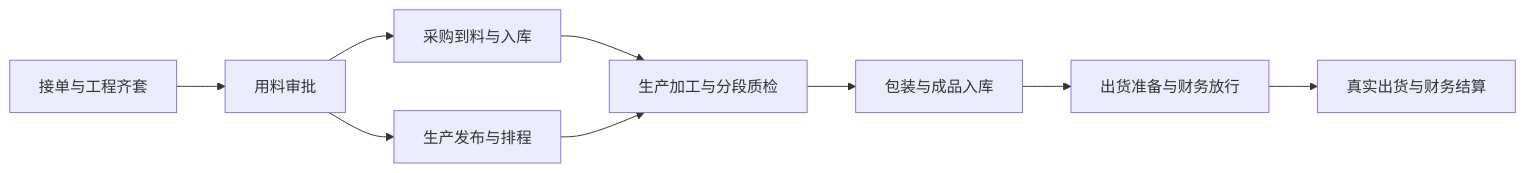
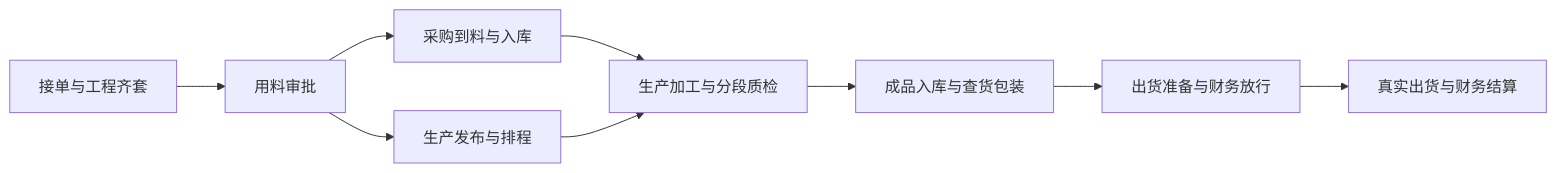
One commit to saurick/plush-toy-erp changed the first of 4 diagrams in docs/workflow/业务与协同流程地图.md. Above: the diagram before and after it, drawn with Mermaid. The commit also changed other lines of this file and 408 other files, not shown here.

````diff
--- a/docs/workflow/业务与协同流程地图.md
+++ b/docs/workflow/业务与协同流程地图.md
@@ -26,11 +26,11 @@
 ```mermaid
 flowchart LR
   order["接单与工程齐套"] --> material["用料审批"]
   material --> purchase["采购到料与入库"]
   material --> production["生产发布与排程"]
   purchase --> processing["生产加工与分段质检"]
   production --> processing
-  processing --> finished["包装与成品入库"]
+  processing --> finished["成品入库与查货包装"]
   finished --> release["出货准备与财务放行"]
   release --> shipment["真实出货与财务结算"]
 ```
````
